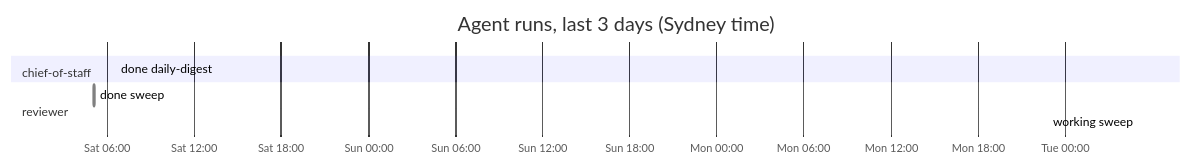
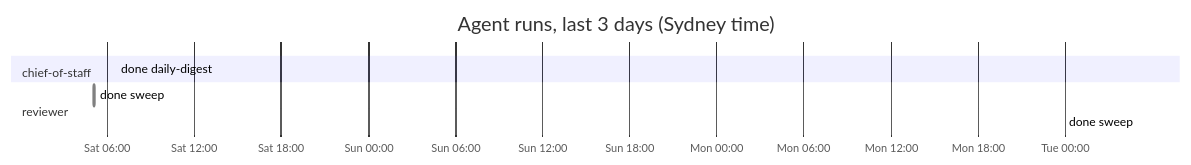
One commit to roulmediateam-byte/fifteen-expert-hq changed the diagram in dashboard.md. Above: the diagram before and after it, drawn with Mermaid. The commit also changed other lines of this file and 1 other file, not shown here.

````diff
--- a/dashboard.md
+++ b/dashboard.md
@@ -36,11 +36,11 @@
 ```mermaid
 gantt
     title Agent runs, last 3 days (Sydney time)
     dateFormat YYYY-MM-DD HH:mm
     axisFormat %a %H:%M
     section chief-of-staff
     done daily-digest :done, 2026-11-07 06:35, 2026-11-07 06:37
     section reviewer
     done sweep :done, 2026-11-07 05:05, 2026-11-07 05:08
-    working sweep :active, 2026-11-10 05:04, 2026-11-10 05:05
+    done sweep :done, 2026-11-10 05:04, 2026-11-10 05:05
 ```
````
